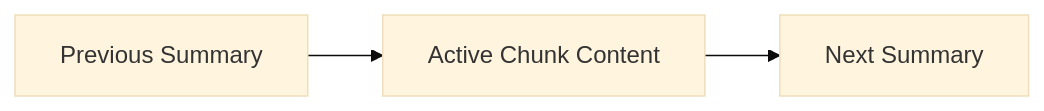
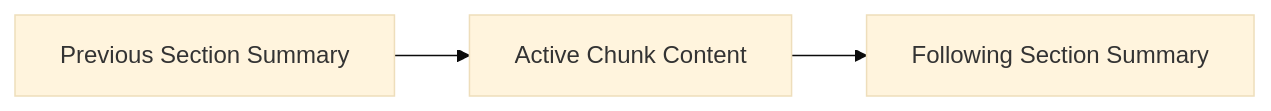
One commit to vanshksingh/Thread-RAG changed the fourth of 19 diagrams in README.md. Above: the diagram before and after it, drawn with Mermaid (base theme). The commit also changed other lines of this file, not shown here.

First line of the commit message:
Revise THREAD-RAG architecture details in README

````diff
--- a/README.md
+++ b/README.md
@@ -102,4 +107,5 @@
 ```mermaid
 flowchart LR
-PrevSummary[Previous Summary] --> Active[Active Chunk Content] --> NextSummary[Next Summary]
+PrevSummary["Previous Section Summary"] --> Active["Active Chunk Content"]
+Active --> NextSummary["Following Section Summary"]
 ```
````
